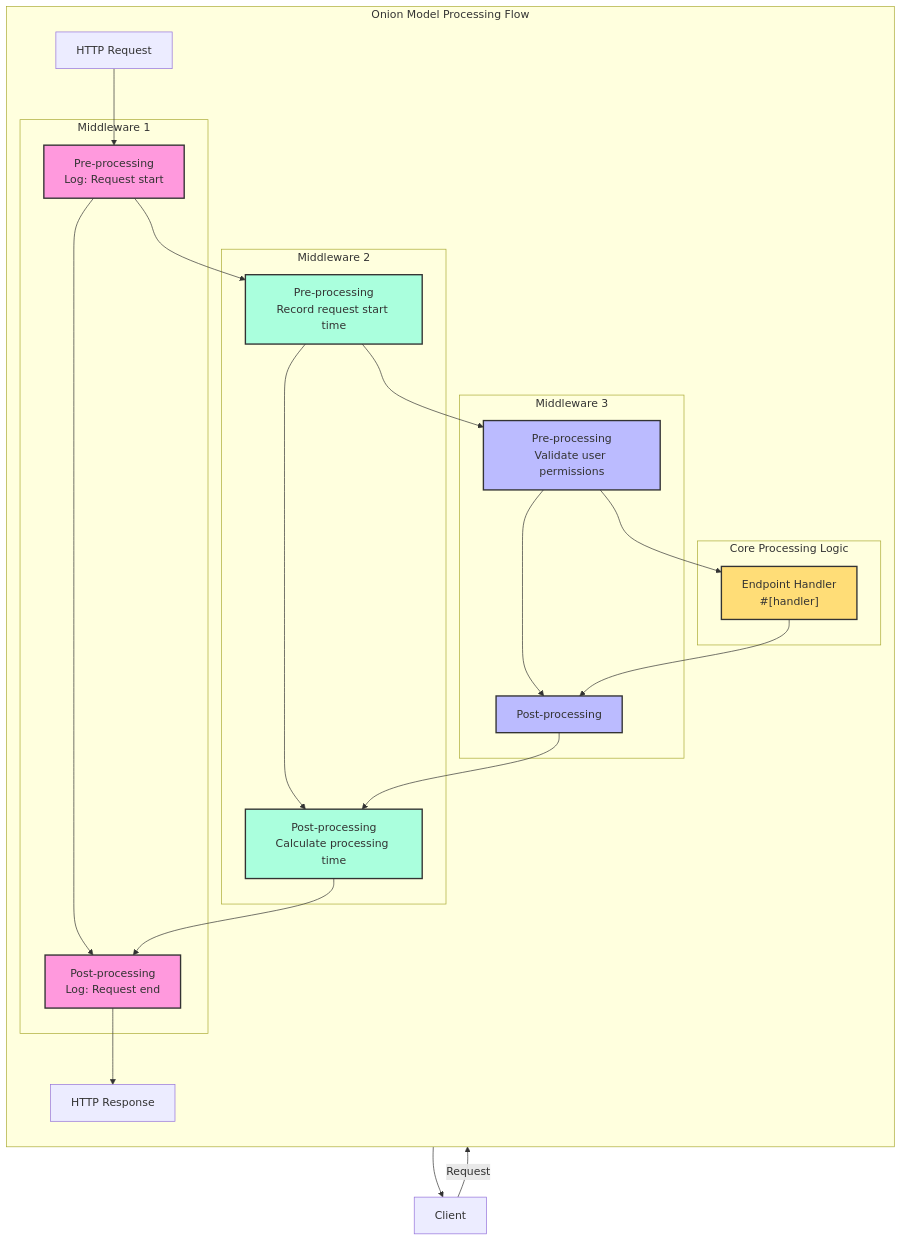
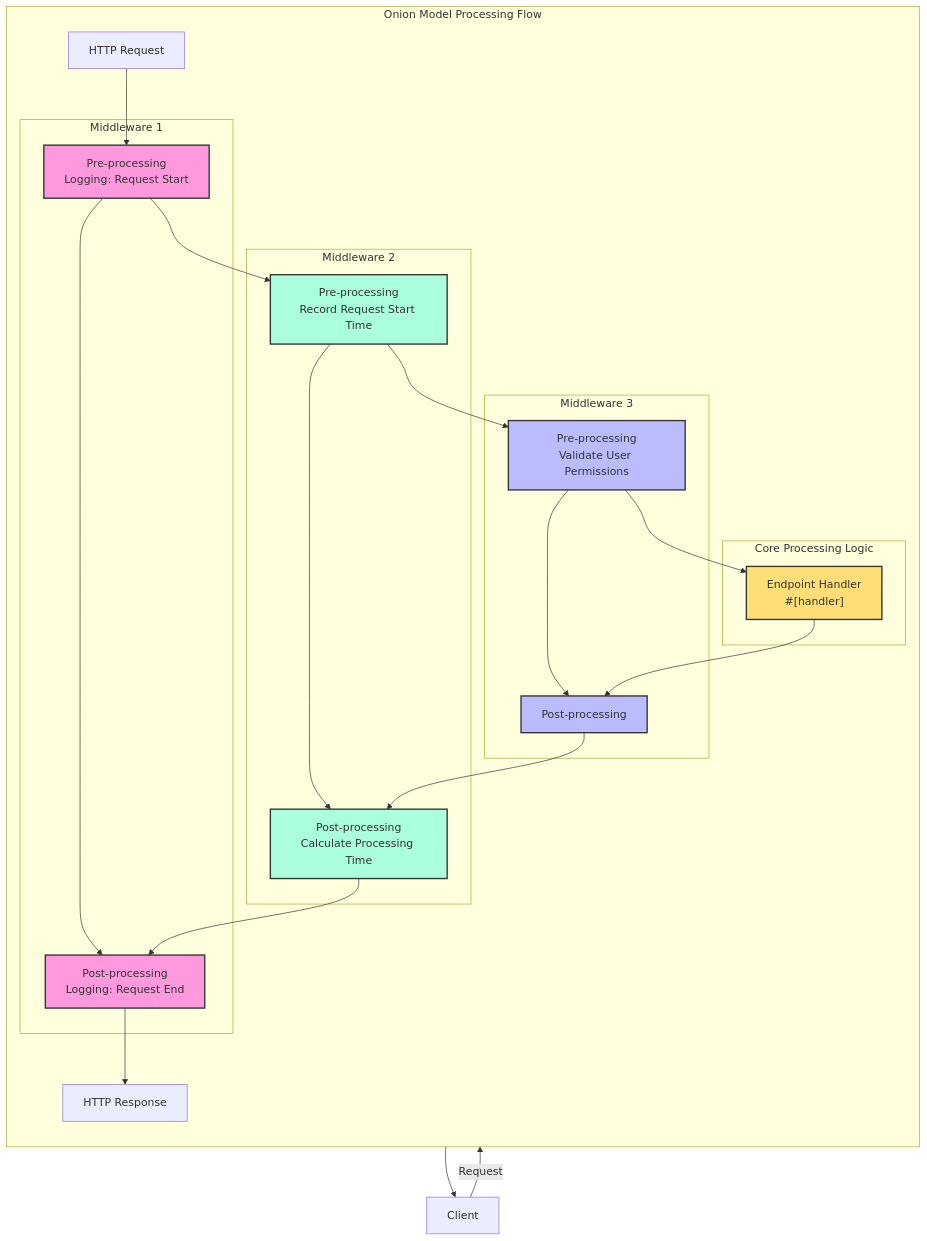
The second of 2 diagrams in docs/en/guide/concepts/handler.mdx (salvo-rs/website), drawn with Mermaid before and after one commit. The commit also changed other lines of this file and 1062 other files, not shown here.

````diff
--- a/docs/en/guide/concepts/handler.mdx
+++ b/docs/en/guide/concepts/handler.mdx
@@ -60,45 +60,45 @@
 ```mermaid
 flowchart TB
     Client[Client] -->|Request| Request[HTTP Request]
 
     subgraph "Onion Model Processing Flow"
         direction TB
 
         subgraph M1["Middleware 1"]
-            M1A["Pre-processing<br>Log: Request start"] --> M1B["Post-processing<br>Log: Request end"]
+            M1A["Pre-processing<br>Logging: Request Start"] --> M1B["Post-processing<br>Logging: Request End"]
         end
 
         subgraph M2["Middleware 2"]
-            M2A["Pre-processing<br>Record request start time"] --> M2B["Post-processing<br>Calculate processing time"]
+            M2A["Pre-processing<br>Record Request Start Time"] --> M2B["Post-processing<br>Calculate Processing Time"]
         end
 
         subgraph M3["Middleware 3"]
-            M3A["Pre-processing<br>Validate user permissions"] --> M3B["Post-processing<br>"]
+            M3A["Pre-processing<br>Validate User Permissions"] --> M3B["Post-processing<br>"]
         end
 
         subgraph Core["Core Processing Logic"]
             Handler["Endpoint Handler<br>#[handler]"]
         end
 
         Request --> M1A
         M1A --> M2A
         M2A --> M3A
         M3A --> Handler
         Handler --> M3B
         M3B --> M2B
         M2B --> M1B
         M1B --> Response
     end
 
     Response[HTTP Response] --> Client
 
     classDef middleware1 fill:#f9d,stroke:#333,stroke-width:2px;
     classDef middleware2 fill:#afd,stroke:#333,stroke-width:2px;
     classDef middleware3 fill:#bbf,stroke:#333,stroke-width:2px;
     classDef core fill:#fd7,stroke:#333,stroke-width:2px;
 
     class M1A,M1B middleware1;
     class M2A,M2B middleware2;
     class M3A,M3B middleware3;
     class Handler core;
 ```
````
